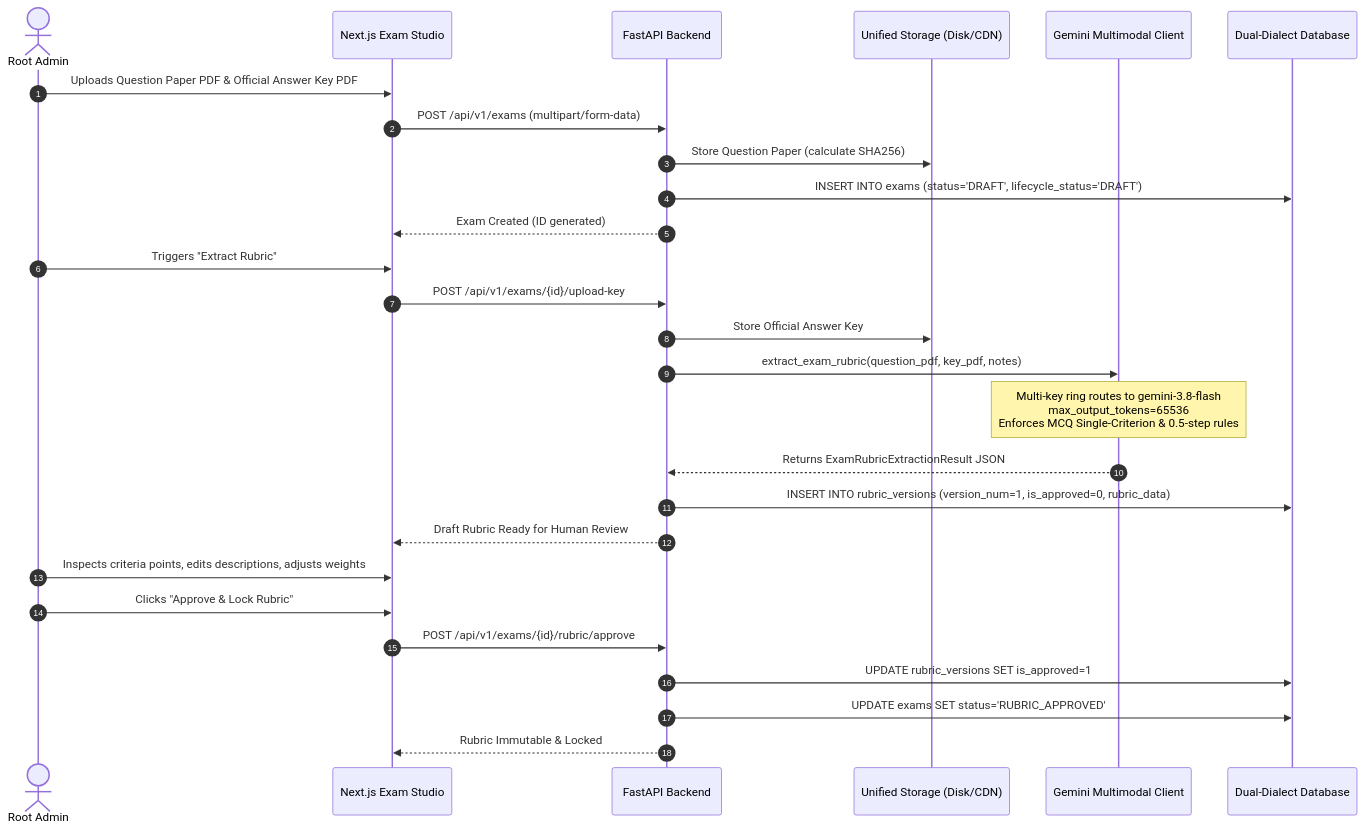
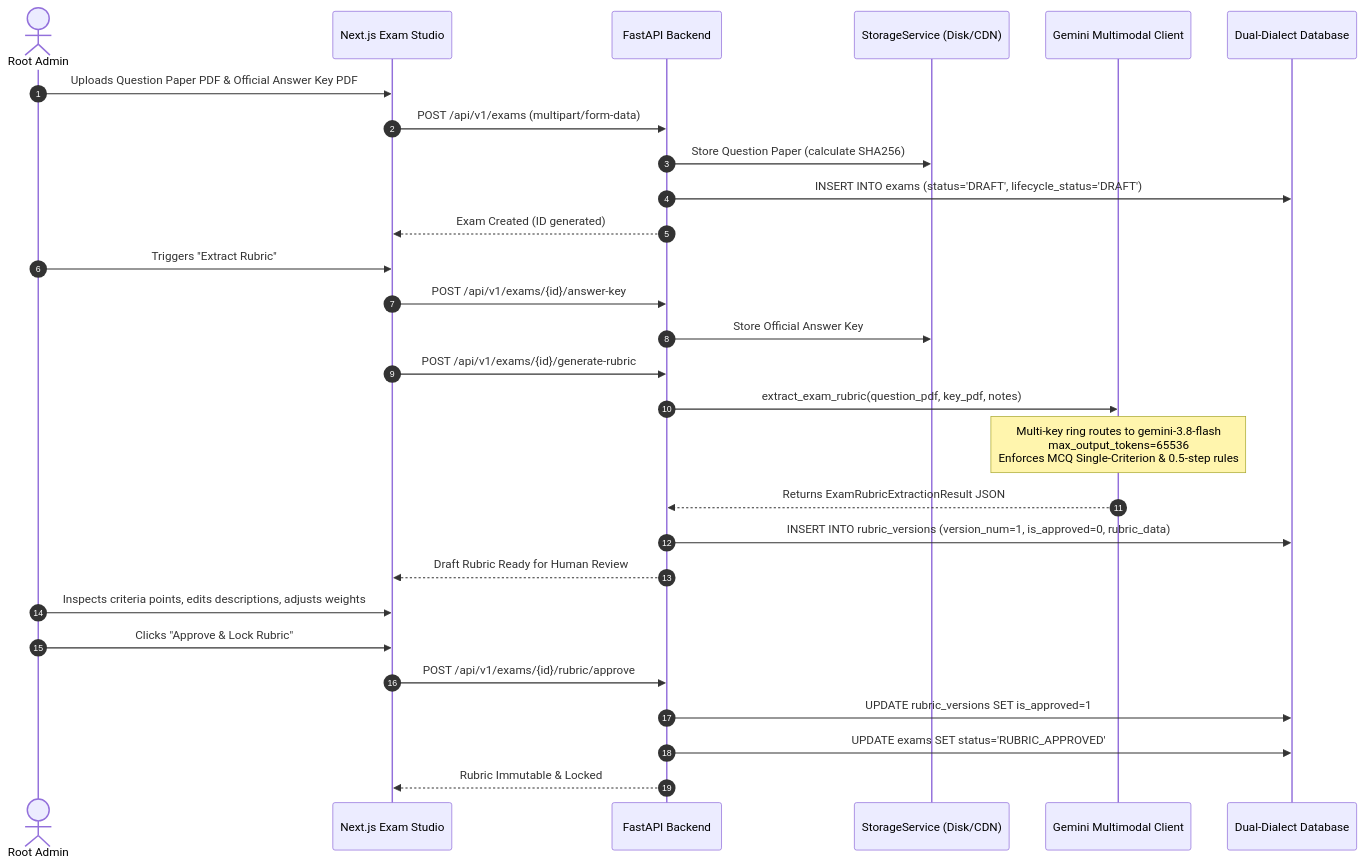
The fourth of 14 diagrams in README.md (T4RuN05/papergrade.ai), drawn with Mermaid before and after one commit. The commit also changed other lines of this file, not shown here.

Commit message:
docs: reconcile all architectural contradictions across models, schemas, routers, and storage

````diff
--- a/README.md
+++ b/README.md
@@ -292,32 +291,33 @@
 ```mermaid
 sequenceDiagram
     autonumber
     actor Admin as Root Admin
     participant UI as Next.js Exam Studio
     participant API as FastAPI Backend
-    participant Storage as Unified Storage (Disk/CDN)
+    participant Storage as StorageService (Disk/CDN)
     participant AI as Gemini Multimodal Client
     participant DB as Dual-Dialect Database
 
     Admin->>UI: Uploads Question Paper PDF & Official Answer Key PDF
     UI->>API: POST /api/v1/exams (multipart/form-data)
     API->>Storage: Store Question Paper (calculate SHA256)
     API->>DB: INSERT INTO exams (status='DRAFT', lifecycle_status='DRAFT')
     API-->>UI: Exam Created (ID generated)
 
     Admin->>UI: Triggers "Extract Rubric"
-    UI->>API: POST /api/v1/exams/{id}/upload-key
+    UI->>API: POST /api/v1/exams/{id}/answer-key
     API->>Storage: Store Official Answer Key
+    UI->>API: POST /api/v1/exams/{id}/generate-rubric
     API->>AI: extract_exam_rubric(question_pdf, key_pdf, notes)
     Note over AI: Multi-key ring routes to gemini-3.8-flash<br/>max_output_tokens=65536<br/>Enforces MCQ Single-Criterion & 0.5-step rules
     AI-->>API: Returns ExamRubricExtractionResult JSON
     API->>DB: INSERT INTO rubric_versions (version_num=1, is_approved=0, rubric_data)
     API-->>UI: Draft Rubric Ready for Human Review
 
     Admin->>UI: Inspects criteria points, edits descriptions, adjusts weights
     Admin->>UI: Clicks "Approve & Lock Rubric"
     UI->>API: POST /api/v1/exams/{id}/rubric/approve
     API->>DB: UPDATE rubric_versions SET is_approved=1
     API->>DB: UPDATE exams SET status='RUBRIC_APPROVED'
     API-->>UI: Rubric Immutable & Locked
 ```
````
